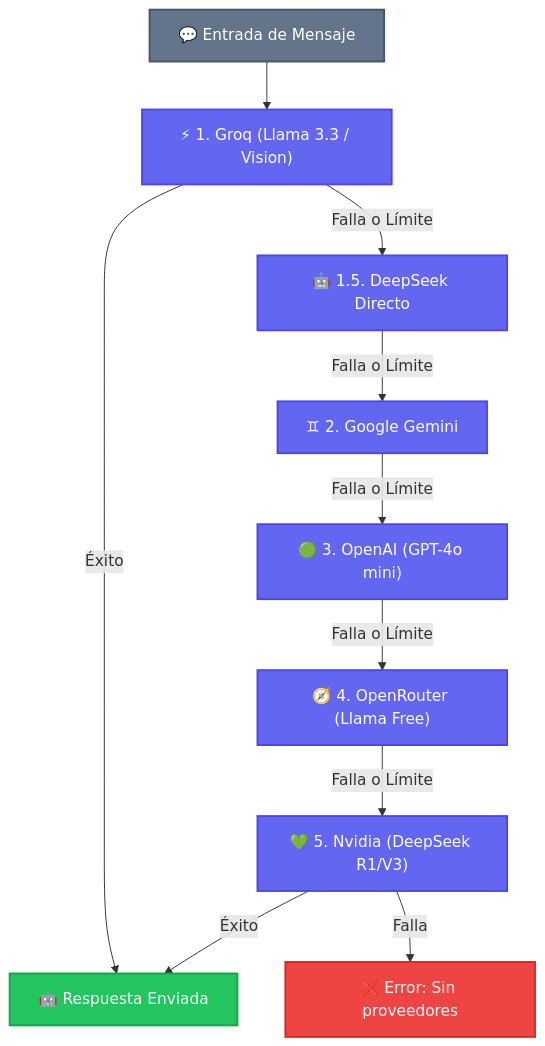
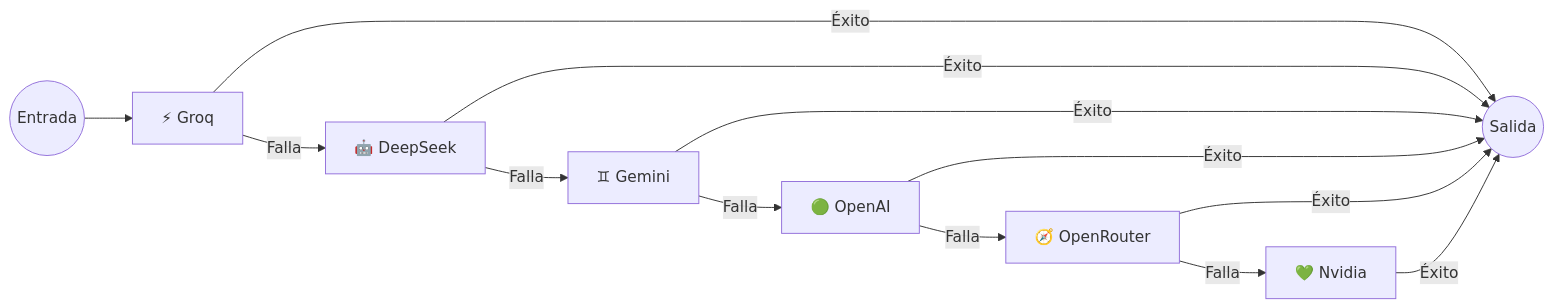
The diagram in README.md (LedezmaSune/BotMaRe), drawn with Mermaid before and after one commit. The commit also changed other lines of this file and 6 other files, not shown here.

````diff
--- a/README.md
+++ b/README.md
@@ -160,27 +93,11 @@
 ```mermaid
-flowchart TD
-    classDef init fill:#64748b,stroke:#475569,stroke-width:2px,color:#fff;
-    classDef success fill:#22c55e,stroke:#16a34a,stroke-width:2px,color:#fff;
-    classDef process fill:#6366f1,stroke:#4f46e5,stroke-width:2px,color:#fff;
-    classDef error fill:#ef4444,stroke:#dc2626,stroke-width:2px,color:#fff;
+flowchart LR
+    Start(("Entrada")) --> P1["⚡ Groq"]
+    P1 -- Falla --> P2["🤖 DeepSeek"]
+    P2 -- Falla --> P3["♊ Gemini"]
+    P3 -- Falla --> P4["🟢 OpenAI"]
+    P4 -- Falla --> P5["🧭 OpenRouter"]
+    P5 -- Falla --> P6["💚 Nvidia"]
 
-    Start["💬 Entrada de Mensaje"]:::init
-    P1["⚡ 1. Groq (Llama 3.3 / Vision)"]:::process
-    P2["🤖 1.5. DeepSeek Directo"]:::process
-    P3["♊ 2. Google Gemini"]:::process
-    P4["🟢 3. OpenAI (GPT-4o mini)"]:::process
-    P5["🧭 4. OpenRouter (Llama Free)"]:::process
-    P6["💚 5. Nvidia (DeepSeek R1/V3)"]:::process
-    Done["🤖 Respuesta Enviada"]:::success
-    Fail["❌ Error: Sin proveedores"]:::error
-
-    Start --> P1
-    P1 -- "Éxito" --> Done
-    P1 -- "Falla o Límite" --> P2
-    P2 -- "Falla o Límite" --> P3
-    P3 -- "Falla o Límite" --> P4
-    P4 -- "Falla o Límite" --> P5
-    P5 -- "Falla o Límite" --> P6
-    P6 -- "Éxito" --> Done
-    P6 -- "Falla" --> Fail
+    P1 & P2 & P3 & P4 & P5 & P6 -- Éxito --> Done(("Salida"))
 ```
````
